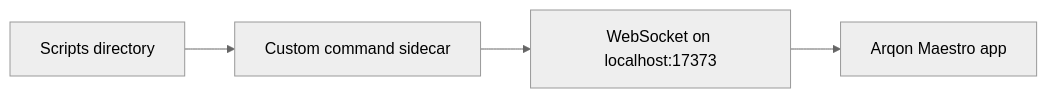
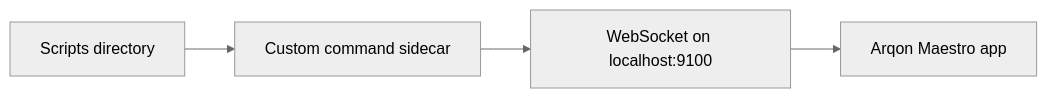
Before and after one commit to novelbytelabs/ArqonMaestro: the diagram in docs/development/custom-commands.md, drawn with Mermaid (neutral theme). The commit also changed other lines of this file and 20 other files, not shown here.

````diff
--- a/docs/development/custom-commands.md
+++ b/docs/development/custom-commands.md
@@ -46,6 +48,6 @@
 ```mermaid
 flowchart LR
   S[Scripts directory] --> R[Custom command sidecar]
-  R --> W[WebSocket on localhost:17373]
+  R --> W[WebSocket on localhost:9100]
   W --> A[Arqon Maestro app]
 ```
````
